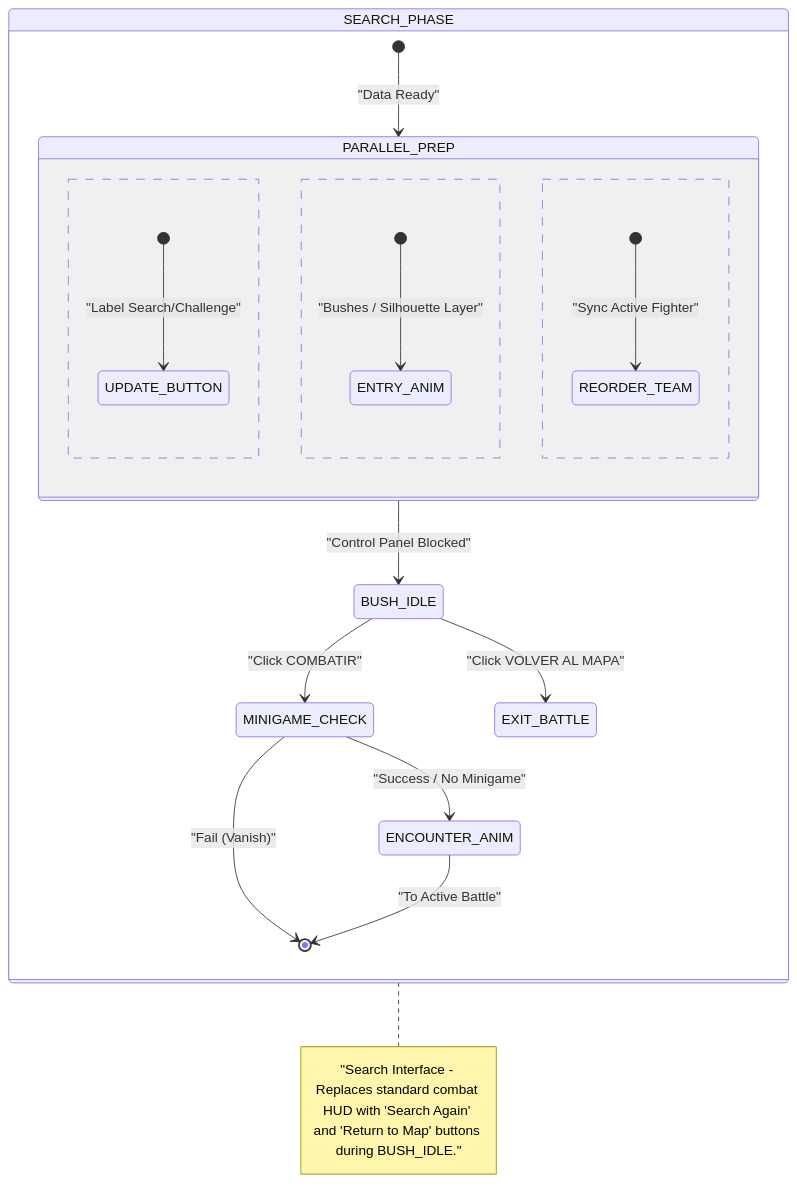
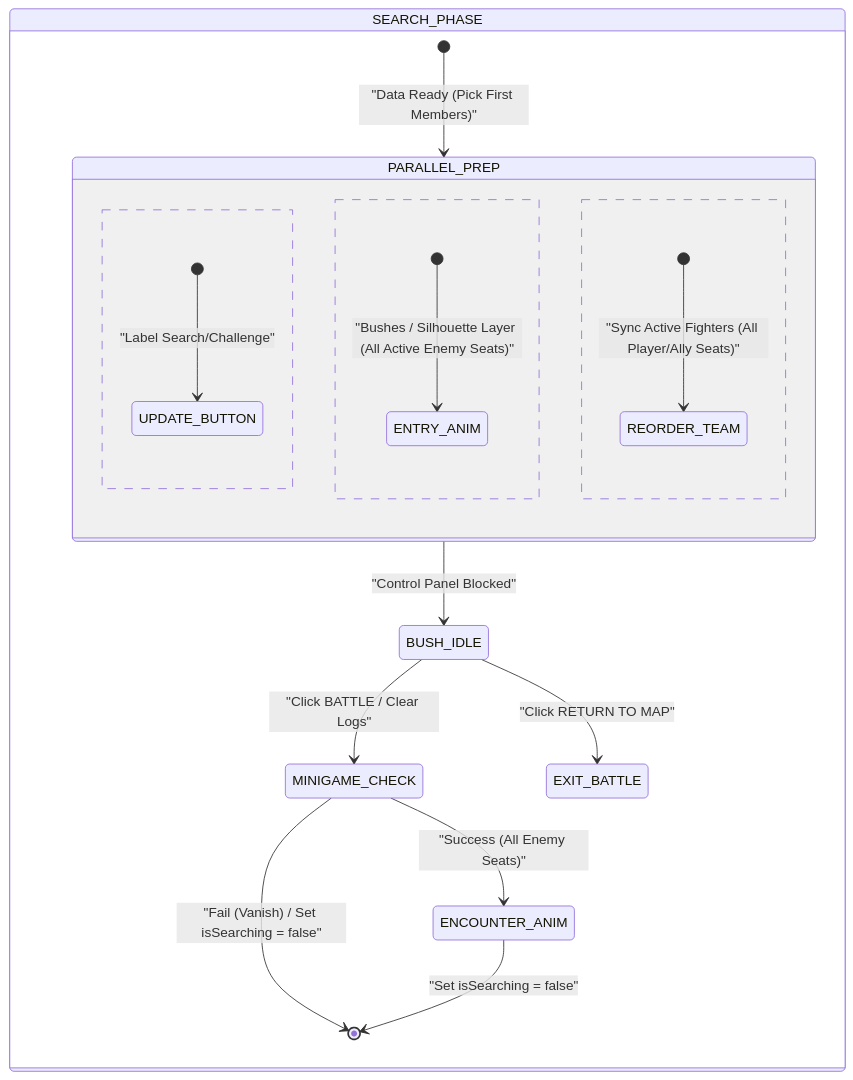
Before and after one commit to Darkham77/PokeBorrador: diagram 11 of 18 in .agents/skills/project-standards/references/battle/battle_mechanics_manual.md, drawn with Mermaid. The commit also changed other lines of this file and 20 other files, not shown here.

````diff
--- a/.agents/skills/project-standards/references/battle/battle_mechanics_manual.md
+++ b/.agents/skills/project-standards/references/battle/battle_mechanics_manual.md
@@ -622,27 +600,24 @@
 ```mermaid
 stateDiagram-v2
     state SEARCH_PHASE {
-        [*] --> PARALLEL_PREP: "Data Ready"
+        [*] --> PARALLEL_PREP: "Data Ready (Pick First Members)"
         
         state PARALLEL_PREP {
             [*] --> UPDATE_BUTTON: "Label Search/Challenge"
             --
-            [*] --> ENTRY_ANIM: "Bushes / Silhouette Layer"
+            [*] --> ENTRY_ANIM: "Bushes / Silhouette Layer (All Active Enemy Seats)"
             --
-            [*] --> REORDER_TEAM: "Sync Active Fighter"
+            [*] --> REORDER_TEAM: "Sync Active Fighters (All Player/Ally Seats)"
         }
         
         PARALLEL_PREP --> BUSH_IDLE : "Control Panel Blocked"
         
-        BUSH_IDLE --> MINIGAME_CHECK : "Click COMBATIR"
-        BUSH_IDLE --> EXIT_BATTLE : "Click VOLVER AL MAPA"
+        BUSH_IDLE --> MINIGAME_CHECK : "Click BATTLE / Clear Logs"
+        BUSH_IDLE --> EXIT_BATTLE : "Click RETURN TO MAP"
         
         state MINIGAME_CHECK <<choice>>
-        MINIGAME_CHECK --> ENCOUNTER_ANIM : "Success / No Minigame"
-        MINIGAME_CHECK --> [*] : "Fail (Vanish)"
-        
-        ENCOUNTER_ANIM --> [*] : "To Active Battle"
+        MINIGAME_CHECK --> ENCOUNTER_ANIM : "Success (All Enemy Seats)"
+        MINIGAME_CHECK --> [*] : "Fail (Vanish) / Set isSearching = false"
+        ENCOUNTER_ANIM --> [*] : "Set isSearching = false"
     }
-    
-    note right of SEARCH_PHASE : "Search Interface - Replaces standard combat HUD with 'Search Again' and 'Return to Map' buttons during BUSH_IDLE."
 ```
````
